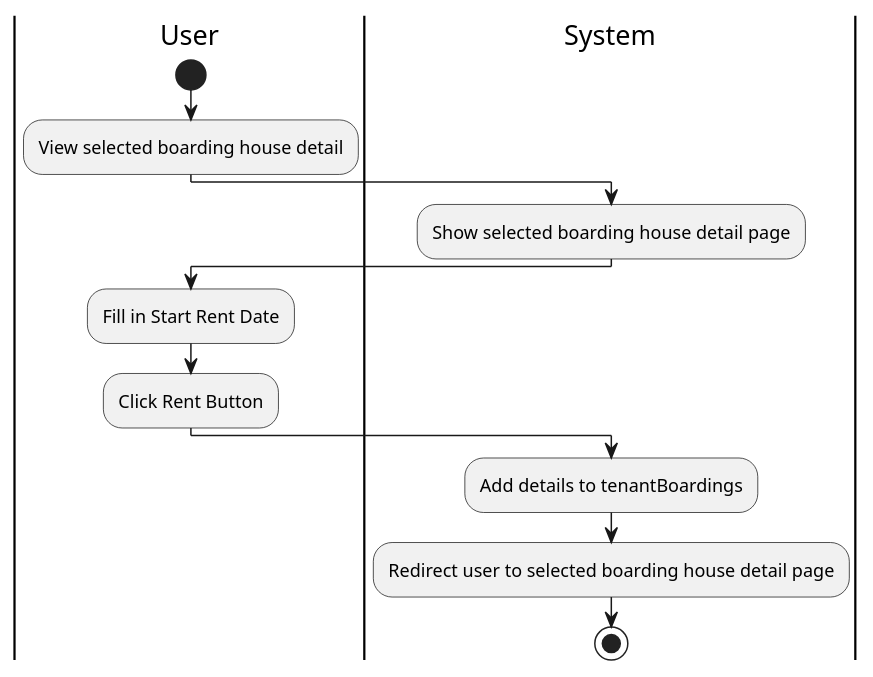
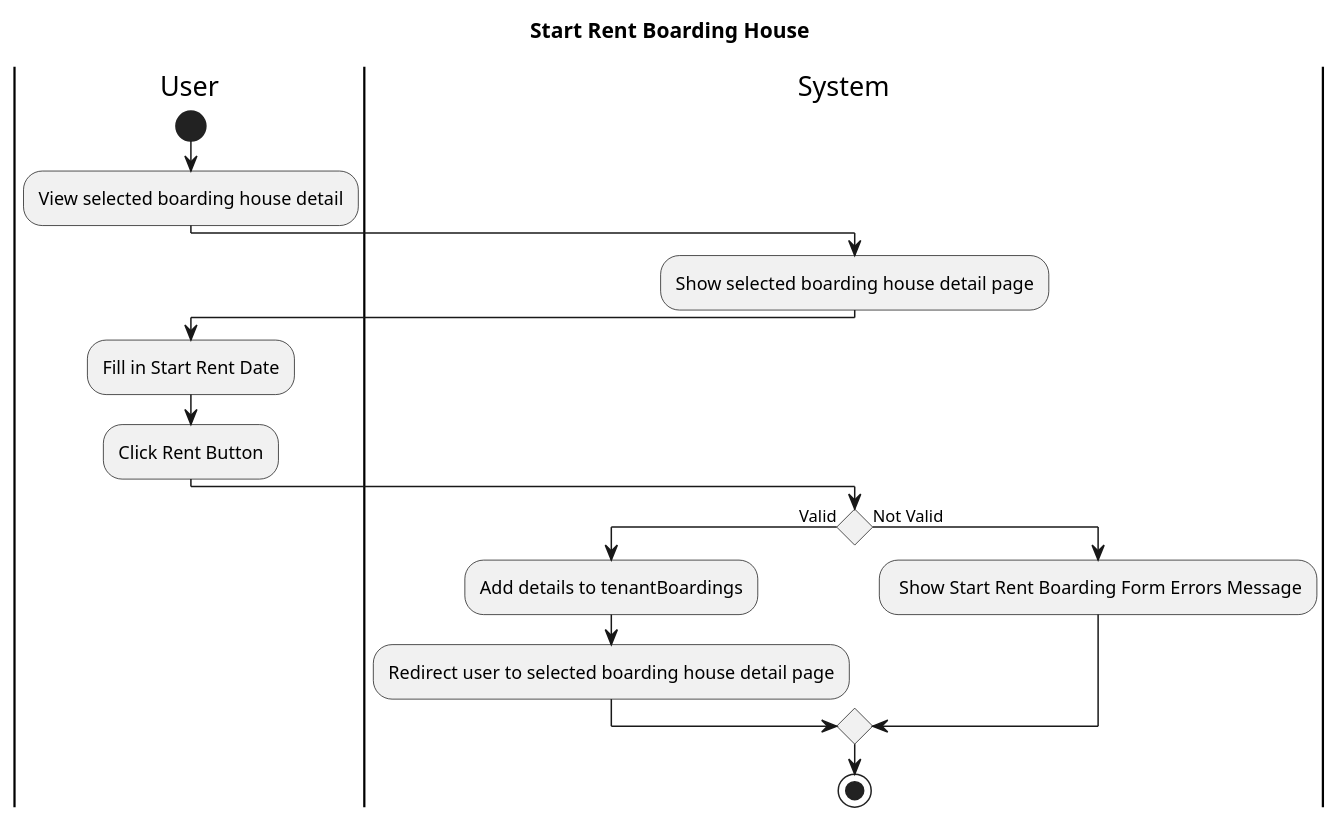
Before and after one commit to AntWort21/BHFMS: the diagram in Design/BHFMS_ACTIVITY/Tenant/Start Rent.puml, drawn with PlantUML. The commit also changed 80 other files, not shown here.

```diff
--- a/Design/BHFMS_ACTIVITY/Tenant/Start Rent.puml
+++ b/Design/BHFMS_ACTIVITY/Tenant/Start Rent.puml
@@ -1,19 +1,24 @@
 @startuml
-
+title Start Rent Boarding House
 |User|
 start
     :View selected boarding house detail;
 
 |System|
     :Show selected boarding house detail page;
 
 |User|
     :Fill in Start Rent Date;
     :Click Rent Button;
 
 |System|
-    :Add details to tenantBoardings;
+    if () is (Valid) then
+        :Add details to tenantBoardings;
     :Redirect user to selected boarding house detail page;
+    else (Not Valid)
+        : Show Start Rent Boarding Form Errors Message;
+    endif
+    
 stop
 
 @enduml
```
